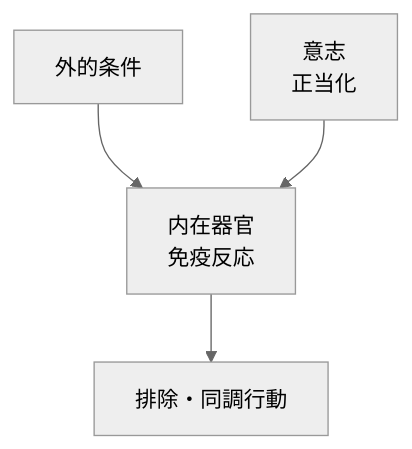
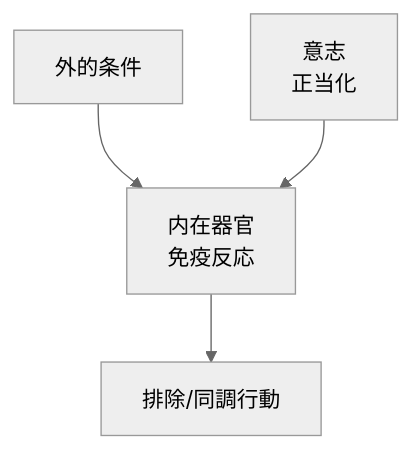
Before and after one commit to human-attunement/system: the fourth of 6 diagrams in resources/notes/organ_will_place.md, drawn with Mermaid (neutral theme). The commit also changed other lines of this file and 5 other files, not shown here.

Commit message:
We made honkit compatible with Mermaid.

````diff
--- a/resources/notes/organ_will_place.md
+++ b/resources/notes/organ_will_place.md
@@ -54,10 +54,10 @@
 ```mermaid
 flowchart TB
     E[外的条件]
     O[内在器官<br/>免疫反応]
-    A[排除・同調行動]
+    A[排除/同調行動]
     W[意志<br/>正当化]
 
     E --> O --> A
     W --> O
 ```
````
